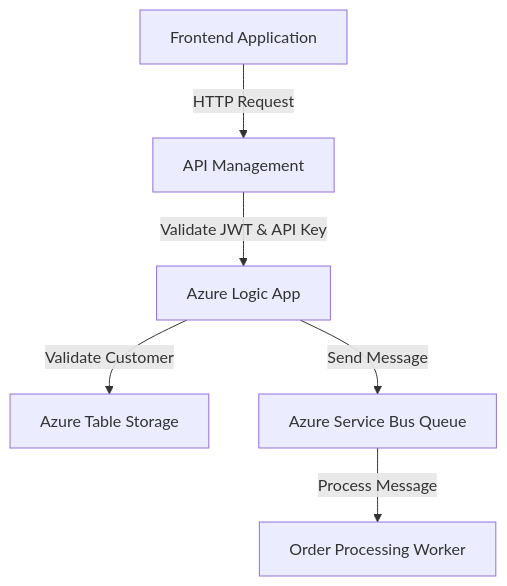
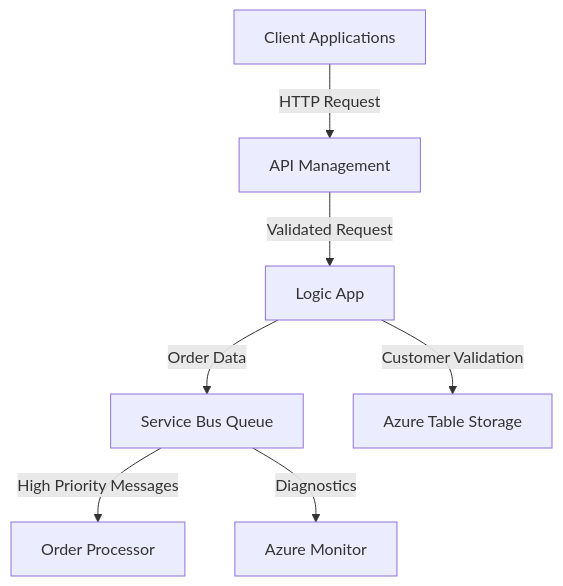
Before and after one commit to mayankgupta7673/azure-pr-docs-agent: the diagram in docs/pr-1-azure-integrations.md, drawn with Mermaid. The commit also changed other lines of this file, not shown here.

Commit message:
docs: auto-generated Azure integration documentation [skip ci]

````diff
--- a/docs/pr-1-azure-integrations.md
+++ b/docs/pr-1-azure-integrations.md
@@ -123,8 +114,9 @@
 ```mermaid
 graph TD
-    A[Frontend Application] -->|HTTP Request| B[API Management]
-    B -->|Validate JWT & API Key| C[Azure Logic App]
-    C -->|Validate Customer| D[Azure Table Storage]
-    C -->|Send Message| E[Azure Service Bus Queue]
-    E -->|Process Message| F[Order Processing Worker]
+    Client[Client Applications] -->|HTTP Request| APIM[API Management]
+    APIM -->|Validated Request| LogicApp[Logic App]
+    LogicApp -->|Order Data| ServiceBus[Service Bus Queue]
+    ServiceBus -->|High Priority Messages| Subscriber[Order Processor]
+    LogicApp -->|Customer Validation| AzureTable[Azure Table Storage]
+    ServiceBus -->|Diagnostics| AzureMonitor[Azure Monitor]
 ```
````
